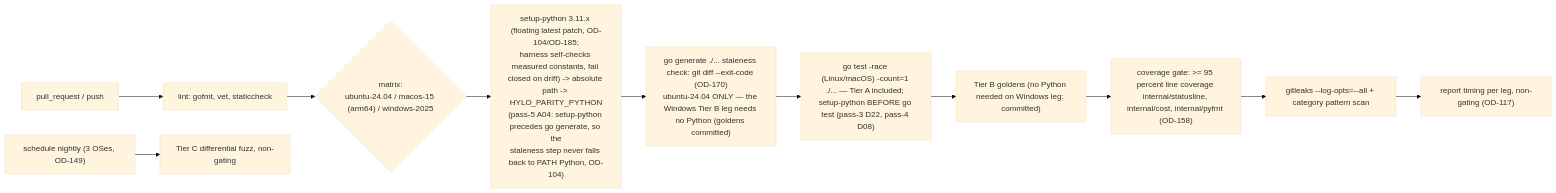
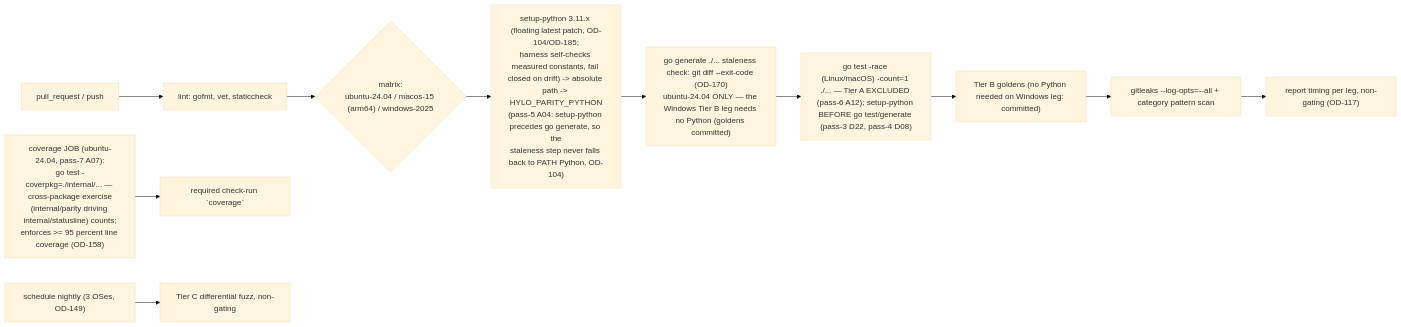
Before and after one commit to drbothen/hylo: the diagram in specs/architecture/ARCH-08-build-ci-release.md, drawn with Mermaid (base theme). The commit also changed other lines of this file and 110 other files, not shown here.

````diff
--- a/specs/architecture/ARCH-08-build-ci-release.md
+++ b/specs/architecture/ARCH-08-build-ci-release.md
@@ -38,13 +38,13 @@
 ```mermaid
 flowchart LR
     PR["pull_request / push"] --> L["lint: gofmt, vet, staticcheck"]
     L --> M{"matrix:<br/>ubuntu-24.04 / macos-15 (arm64) / windows-2025"}
     M --> PY["setup-python 3.11.x (floating latest patch, OD-104/OD-185;<br/>harness self-checks measured constants, fail closed on drift) -> absolute path -> HYLO_PARITY_PYTHON<br/>(pass-5 A04: setup-python precedes go generate, so the<br/>staleness step never falls back to PATH Python, OD-104)"]
     PY --> GEN["go generate ./... staleness check: git diff --exit-code (OD-170)<br/>ubuntu-24.04 ONLY — the Windows Tier B leg needs no Python (goldens committed)"]
-    GEN --> T["go test -race (Linux/macOS) -count=1 ./... — Tier A included; setup-python BEFORE go test (pass-3 D22, pass-4 D08)"]
+    GEN --> T["go test -race (Linux/macOS) -count=1 ./... — Tier A EXCLUDED (pass-6 A12); setup-python BEFORE go test/generate (pass-3 D22, pass-4 D08)"]
     T --> TB["Tier B goldens (no Python needed on Windows leg: committed)"]
-    TB --> COV["coverage gate: >= 95 percent line coverage internal/statusline, internal/cost, internal/pyfmt (OD-158)"]
-    COV --> HL["gitleaks --log-opts=--all + category pattern scan"]
+    TB --> HL["gitleaks --log-opts=--all + category pattern scan"]
     HL --> J["report timing per leg, non-gating (OD-117)"]
+    COVJOB["coverage JOB (ubuntu-24.04, pass-7 A07):<br/>go test -coverpkg=./internal/... — cross-package exercise<br/>(internal/parity driving internal/statusline) counts;<br/>enforces >= 95 percent line coverage (OD-158)"] --> REQ["required check-run `coverage`"]
     Nightly["schedule nightly (3 OSes, OD-149)"] --> TC["Tier C differential fuzz, non-gating"]
 ```
````
